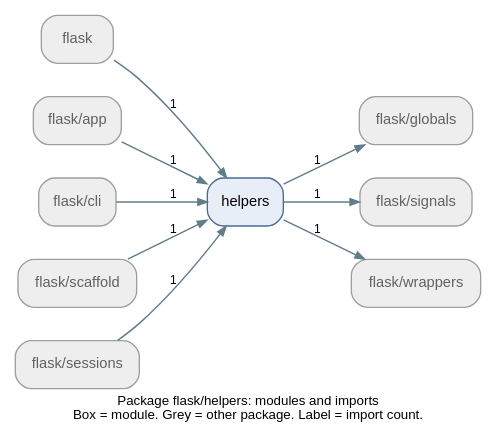
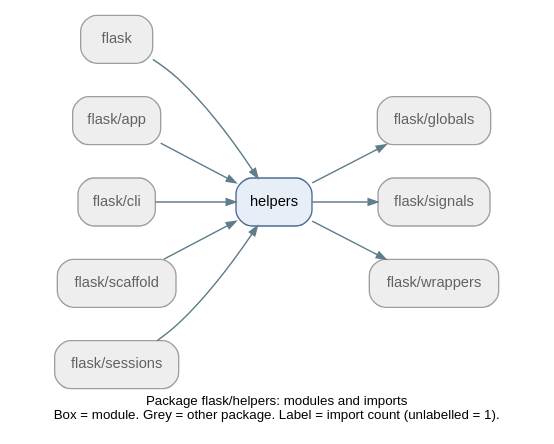
One commit to Icoder05/buglens changed the diagram in onboarding/pallets__flask/diagrams/packages/flask_helpers.dot. Above: the diagram before and after it, drawn with Graphviz. The commit also changed 70 other files, not shown here.

```diff
--- a/onboarding/pallets__flask/diagrams/packages/flask_helpers.dot
+++ b/onboarding/pallets__flask/diagrams/packages/flask_helpers.dot
@@ -1,23 +1,23 @@
 digraph package {
 	fontname=Helvetica fontsize=10 label="Package flask/helpers: modules and imports
-Box = module. Grey = other package. Label = import count." labelloc=b nodesep=0.35 rankdir=LR ranksep=0.6
+Box = module. Grey = other package. Label = import count (unlabelled = 1)." labelloc=b nodesep=0.35 rankdir=LR ranksep=0.6
 	node [color="#4c6a92" fillcolor="#e8eef7" fontname=Helvetica fontsize=11 shape=box style="rounded,filled"]
 	edge [arrowsize=0.7 color="#607d8b" fontname=Helvetica fontsize=9]
 	n0 [label=flask color="#9e9e9e" fillcolor="#eeeeee" fontcolor="#616161" tooltip="ext::flask"]
 	n1 [label="flask/app" color="#9e9e9e" fillcolor="#eeeeee" fontcolor="#616161" tooltip="ext::flask/app"]
 	n2 [label="flask/cli" color="#9e9e9e" fillcolor="#eeeeee" fontcolor="#616161" tooltip="ext::flask/cli"]
 	n3 [label="flask/globals" color="#9e9e9e" fillcolor="#eeeeee" fontcolor="#616161" tooltip="ext::flask/globals"]
 	n4 [label="flask/scaffold" color="#9e9e9e" fillcolor="#eeeeee" fontcolor="#616161" tooltip="ext::flask/scaffold"]
 	n5 [label="flask/sessions" color="#9e9e9e" fillcolor="#eeeeee" fontcolor="#616161" tooltip="ext::flask/sessions"]
 	n6 [label="flask/signals" color="#9e9e9e" fillcolor="#eeeeee" fontcolor="#616161" tooltip="ext::flask/signals"]
 	n7 [label="flask/wrappers" color="#9e9e9e" fillcolor="#eeeeee" fontcolor="#616161" tooltip="ext::flask/wrappers"]
 	n8 [label=helpers tooltip="flask.helpers"]
-	n0 -> n8 [label=1 penwidth=1.1]
-	n1 -> n8 [label=1 penwidth=1.1]
-	n2 -> n8 [label=1 penwidth=1.1]
-	n4 -> n8 [label=1 penwidth=1.1]
-	n5 -> n8 [label=1 penwidth=1.1]
-	n8 -> n3 [label=1 penwidth=1.1]
-	n8 -> n6 [label=1 penwidth=1.1]
-	n8 -> n7 [label=1 penwidth=1.1]
+	n0 -> n8 [penwidth=1.1]
+	n1 -> n8 [penwidth=1.1]
+	n2 -> n8 [penwidth=1.1]
+	n4 -> n8 [penwidth=1.1]
+	n5 -> n8 [penwidth=1.1]
+	n8 -> n3 [penwidth=1.1]
+	n8 -> n6 [penwidth=1.1]
+	n8 -> n7 [penwidth=1.1]
 }
```
